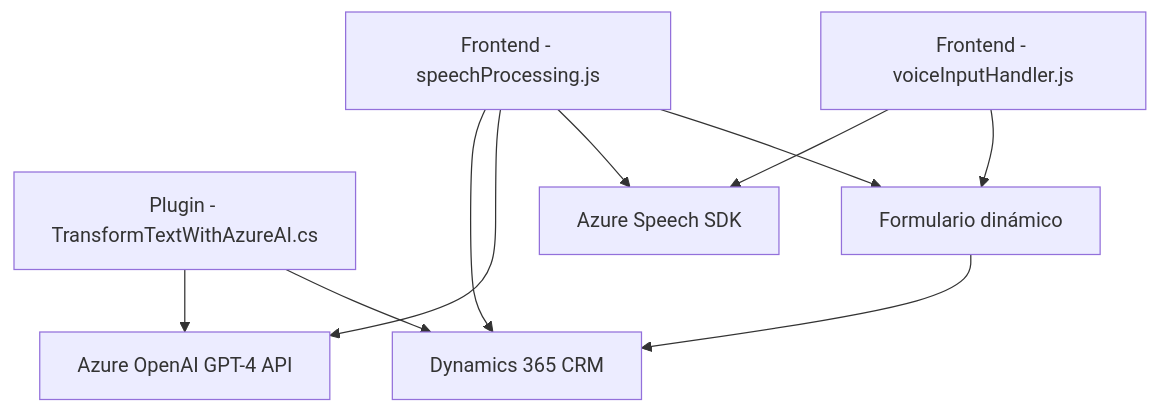
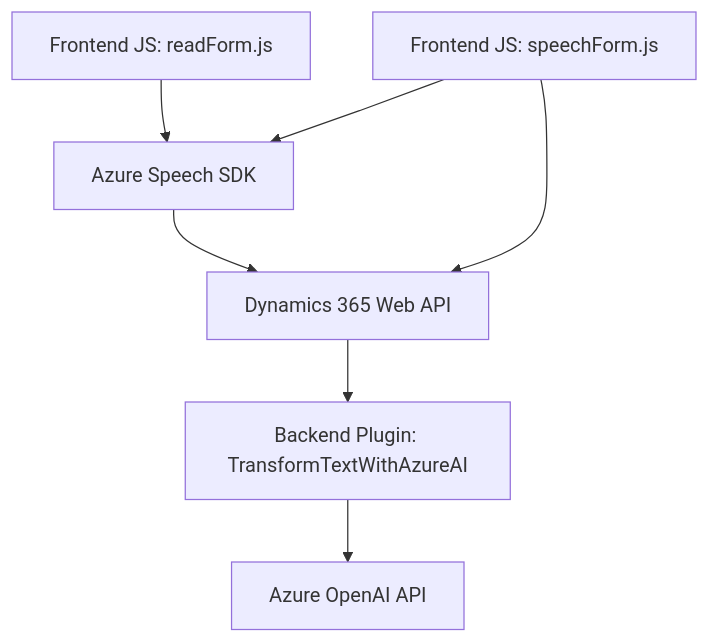
One commit to blopezdm/NETCORE_BILBAO2025 changed the diagram in README.md. Above: the diagram before and after it, drawn with Mermaid. The commit also changed other lines of this file, not shown here.

````diff
--- a/README.md
+++ b/README.md
@@ -50,20 +53,16 @@
 ```mermaid
 graph TD
-    A["Frontend - voiceInputHandler.js"]
-    B["Frontend - speechProcessing.js"]
-    C["Plugin - TransformTextWithAzureAI.cs"]
-    D["Azure Speech SDK"]
-    E["Azure OpenAI GPT-4 API"]
-    F["Dynamics 365 CRM"]
-    G["Formulario dinámico"]
-    
-    A --> G
-    A --> D
-    B --> G
-    B --> D
-    B --> E
-    B --> F
-    C --> F
-    C --> E
-    G --> F
+  A["Frontend JS: readForm.js"]
+  B["Frontend JS: speechForm.js"]
+  C["Backend Plugin: TransformTextWithAzureAI"]
+  D["Azure Speech SDK"]
+  E["Dynamics 365 Web API"]
+  F["Azure OpenAI API"]
+  
+  A --> D
+  B --> D
+  B --> E
+  E --> C
+  C --> F
+  D --> E
 ```
````
